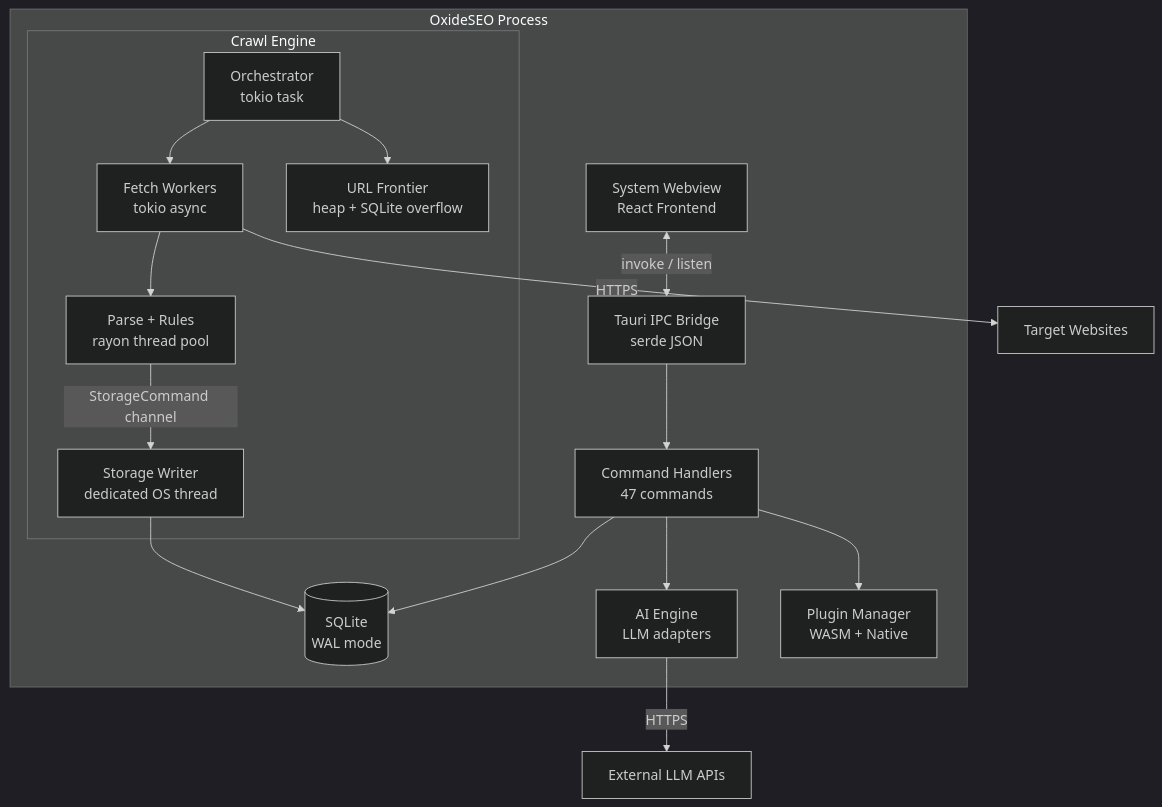
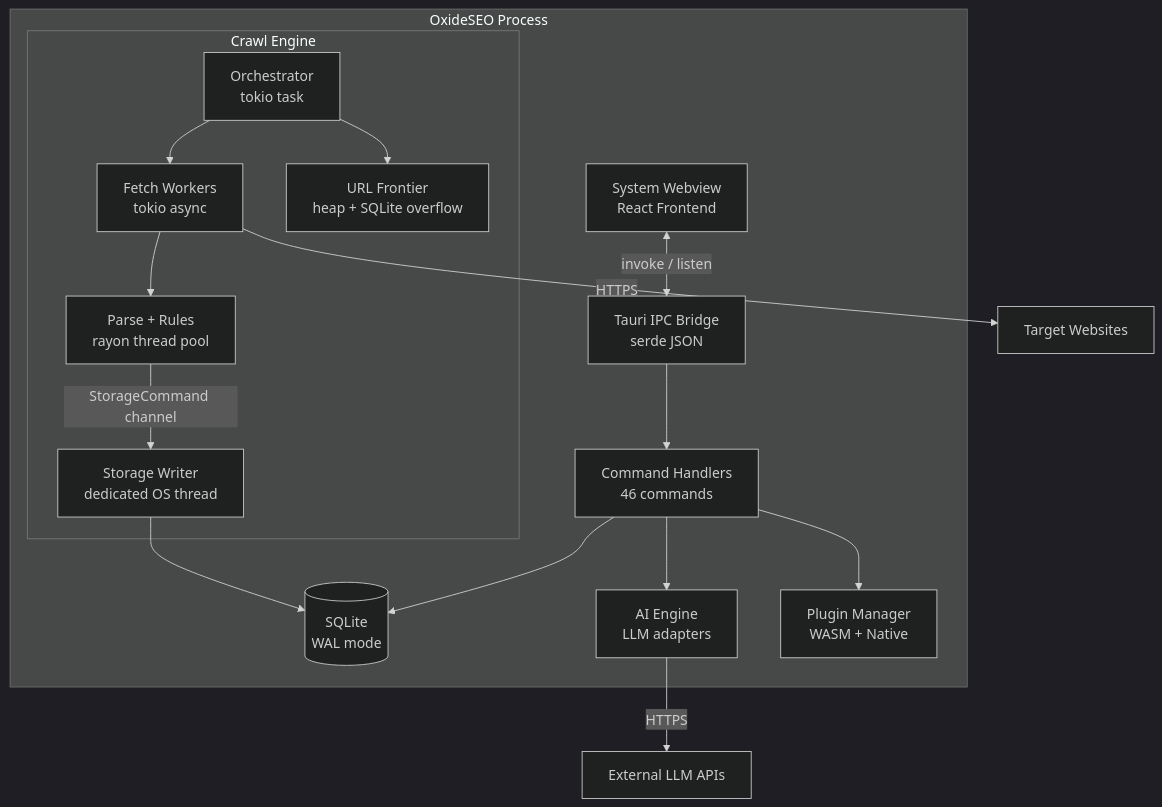
The diagram in docs/ARCHITECTURE.md (chris-c-thomas/OxideSEO), drawn with Mermaid (dark theme) before and after one commit. The commit also changed other lines of this file and 4 other files, not shown here.

````diff
--- a/docs/ARCHITECTURE.md
+++ b/docs/ARCHITECTURE.md
@@ -16,33 +16,33 @@
 ```mermaid
 graph TD
     subgraph "OxideSEO Process"
         WV[System Webview<br/>React Frontend]
         IPC[Tauri IPC Bridge<br/>serde JSON]
-        CMD[Command Handlers<br/>47 commands]
+        CMD[Command Handlers<br/>46 commands]
 
         subgraph "Crawl Engine"
             ORCH[Orchestrator<br/>tokio task]
             FETCH[Fetch Workers<br/>tokio async]
             PARSE[Parse + Rules<br/>rayon thread pool]
             WRITER[Storage Writer<br/>dedicated OS thread]
             FRONTIER[URL Frontier<br/>heap + SQLite overflow]
         end
 
         DB[(SQLite<br/>WAL mode)]
         AI[AI Engine<br/>LLM adapters]
         PLUG[Plugin Manager<br/>WASM + Native]
     end
 
     WV <-->|invoke / listen| IPC
     IPC --> CMD
     CMD --> DB
     CMD --> AI
     CMD --> PLUG
     ORCH --> FETCH
     FETCH --> PARSE
     PARSE -->|StorageCommand channel| WRITER
     WRITER --> DB
     ORCH --> FRONTIER
     AI -->|HTTPS| LLM[External LLM APIs]
     FETCH -->|HTTPS| WEB[Target Websites]
 ```
````
